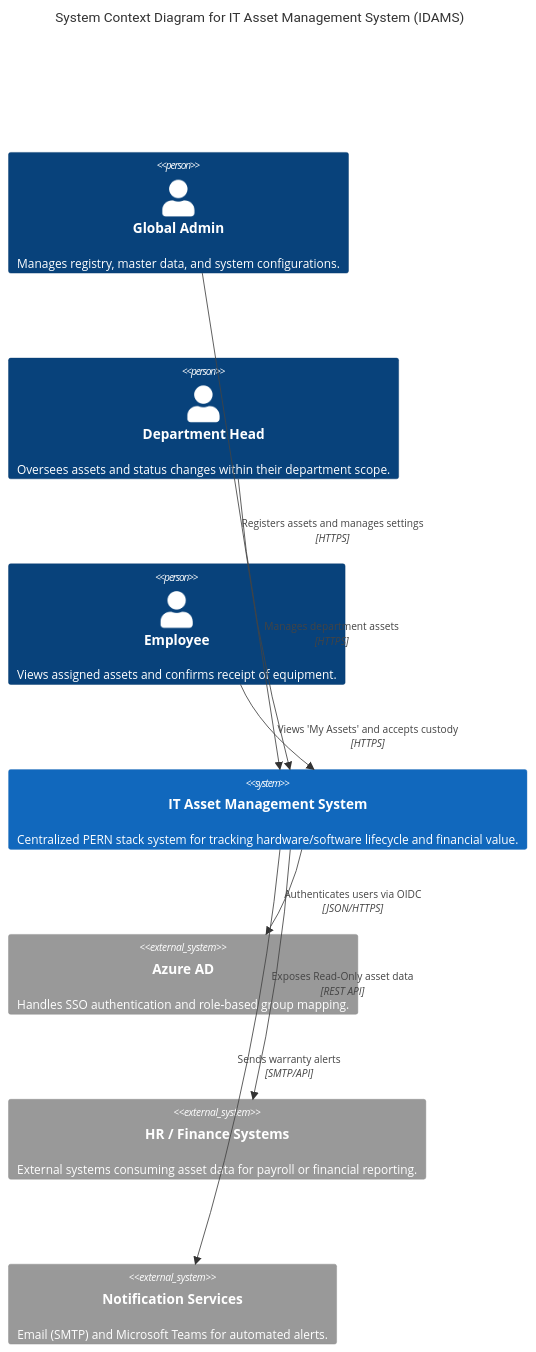
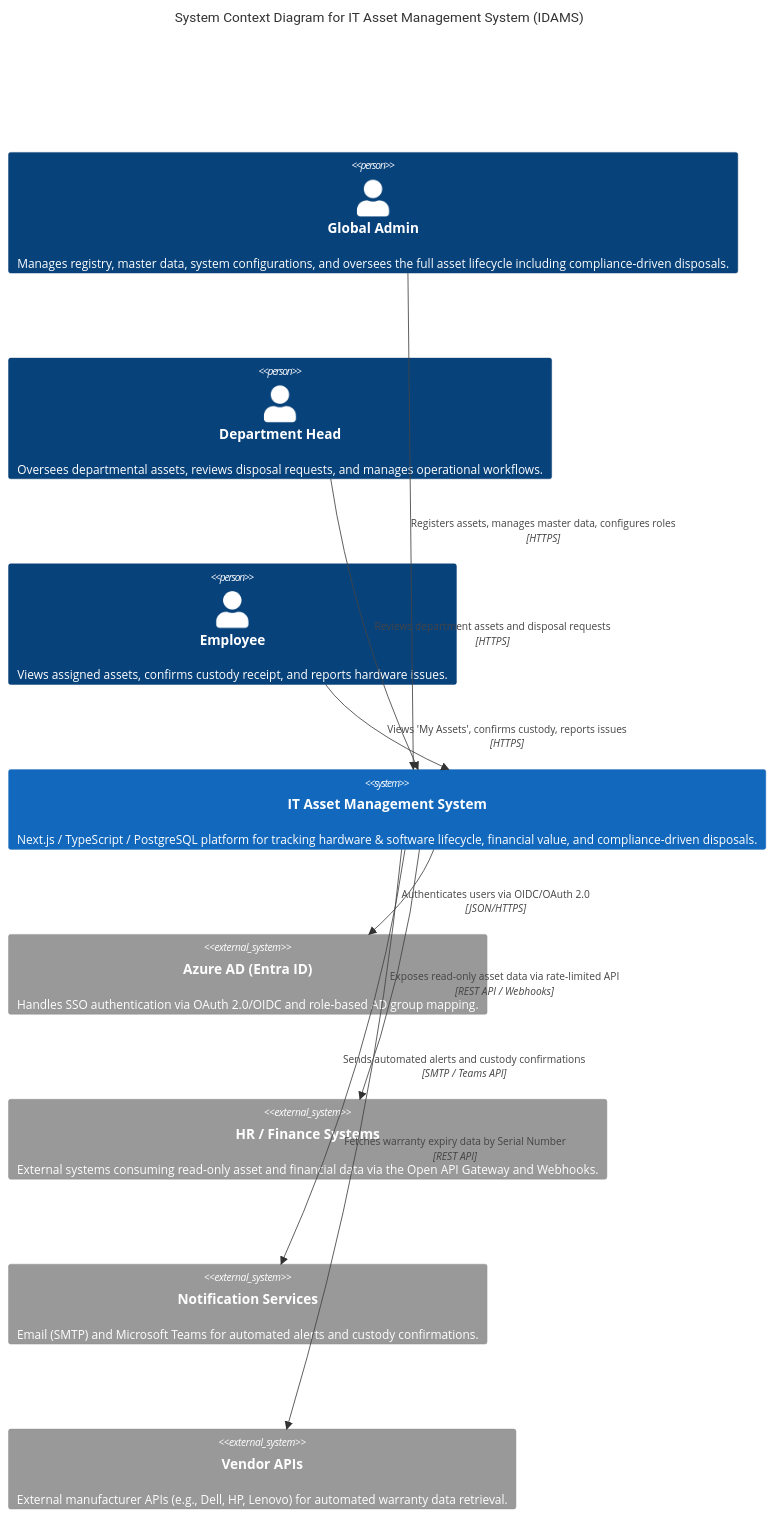
One commit to adithyadilum/it-asset-management-system changed the diagram in docs/2_design/01_architecture/c4-01-system-context.md. Above: the diagram before and after it, drawn with Mermaid. The commit also changed other lines of this file and 15 other files, not shown here.

````diff
--- a/docs/2_design/01_architecture/c4-01-system-context.md
+++ b/docs/2_design/01_architecture/c4-01-system-context.md
@@ -9,24 +9,26 @@
 ```mermaid
 C4Context
     title System Context Diagram for IT Asset Management System (IDAMS)
 
-    Person(admin, "Global Admin", "Manages registry, master data, and system configurations.")
-    Person(deptHead, "Department Head", "Oversees assets and status changes within their department scope.")
-    Person(employee, "Employee", "Views assigned assets and confirms receipt of equipment.")
+    Person(admin, "Global Admin", "Manages registry, master data, system configurations, and oversees the full asset lifecycle including compliance-driven disposals.")
+    Person(deptHead, "Department Head", "Oversees departmental assets, reviews disposal requests, and manages operational workflows.")
+    Person(employee, "Employee", "Views assigned assets, confirms custody receipt, and reports hardware issues.")
 
-    System(itam, "IT Asset Management System", "Centralized PERN stack system for tracking hardware/software lifecycle and financial value.")
+    System(itam, "IT Asset Management System", "Next.js / TypeScript / PostgreSQL platform for tracking hardware & software lifecycle, financial value, and compliance-driven disposals.")
 
-    System_Ext(azure, "Azure AD", "Handles SSO authentication and role-based group mapping.")
-    System_Ext(hr_finance, "HR / Finance Systems", "External systems consuming asset data for payroll or financial reporting.")
-    System_Ext(notifications, "Notification Services", "Email (SMTP) and Microsoft Teams for automated alerts.")
+    System_Ext(azure, "Azure AD (Entra ID)", "Handles SSO authentication via OAuth 2.0/OIDC and role-based AD group mapping.")
+    System_Ext(hr_finance, "HR / Finance Systems", "External systems consuming read-only asset and financial data via the Open API Gateway and Webhooks.")
+    System_Ext(notifications, "Notification Services", "Email (SMTP) and Microsoft Teams for automated alerts and custody confirmations.")
+    System_Ext(vendor_api, "Vendor APIs", "External manufacturer APIs (e.g., Dell, HP, Lenovo) for automated warranty data retrieval.")
 
-    Rel(admin, itam, "Registers assets and manages settings", "HTTPS")
-    Rel(deptHead, itam, "Manages department assets", "HTTPS")
-    Rel(employee, itam, "Views 'My Assets' and accepts custody", "HTTPS")
+    Rel(admin, itam, "Registers assets, manages master data, configures roles", "HTTPS")
+    Rel(deptHead, itam, "Reviews department assets and disposal requests", "HTTPS")
+    Rel(employee, itam, "Views 'My Assets', confirms custody, reports issues", "HTTPS")
 
-    Rel(itam, azure, "Authenticates users via OIDC", "JSON/HTTPS")
-    Rel(itam, hr_finance, "Exposes Read-Only asset data", "REST API")
-    Rel(itam, notifications, "Sends warranty alerts", "SMTP/API")
+    Rel(itam, azure, "Authenticates users via OIDC/OAuth 2.0", "JSON/HTTPS")
+    Rel(itam, hr_finance, "Exposes read-only asset data via rate-limited API", "REST API / Webhooks")
+    Rel(itam, notifications, "Sends automated alerts and custody confirmations", "SMTP / Teams API")
+    Rel(itam, vendor_api, "Fetches warranty expiry data by Serial Number", "REST API")
 
     UpdateLayoutConfig($c4ShapeInRow="3", $c4BoundaryInRow="1")
 ```
````
